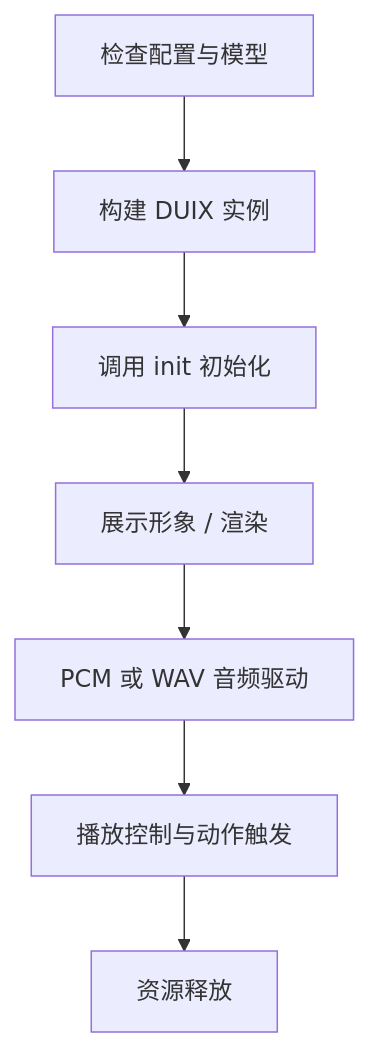
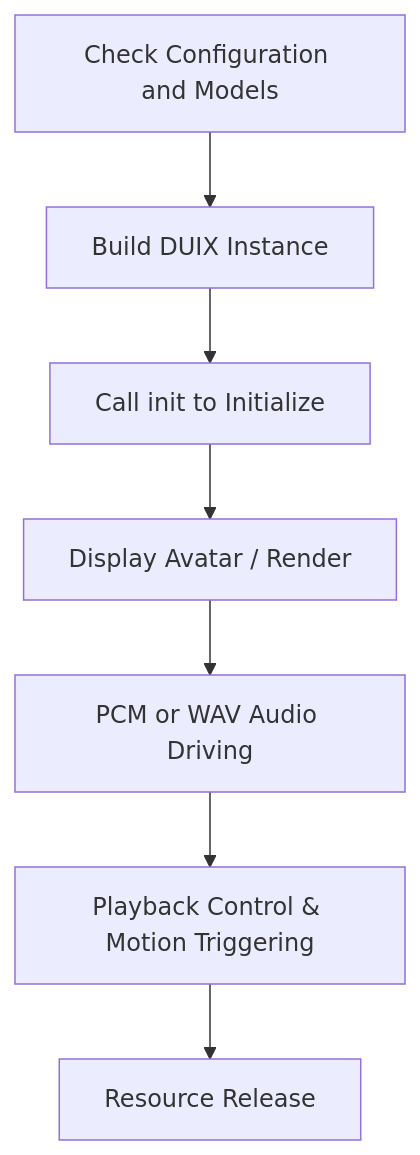
The diagram in duix-android/dh_aigc_android/README.md (repomesh/duix.ai), drawn with Mermaid before and after one commit. The commit also changed other lines of this file and 6 other files, not shown here.

````diff
--- a/duix-android/dh_aigc_android/README.md
+++ b/duix-android/dh_aigc_android/README.md
@@ -89,9 +84,9 @@
 ```mermaid
 graph TD
-A[检查配置与模型] --> B[构建 DUIX 实例]
-B --> C[调用 init 初始化]
-C --> D[展示形象 / 渲染]
-D --> E[PCM 或 WAV 音频驱动]
-E --> F[播放控制与动作触发]
-F --> G[资源释放]
+A[Check Configuration and Models] --> B[Build DUIX Instance]
+B --> C[Call init to Initialize]
+C --> D[Display Avatar / Render]
+D --> E[PCM or WAV Audio Driving]
+E --> F[Playback Control & Motion Triggering]
+F --> G[Resource Release]
 ```
````
